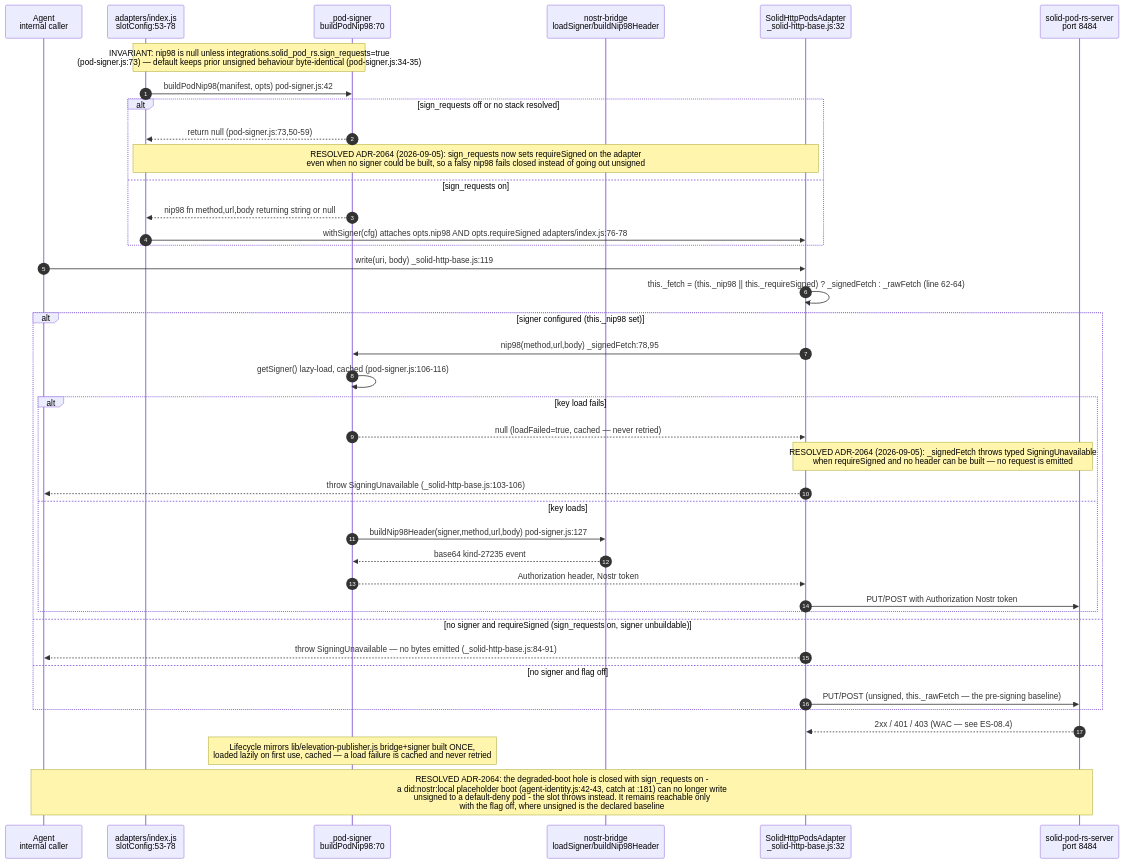
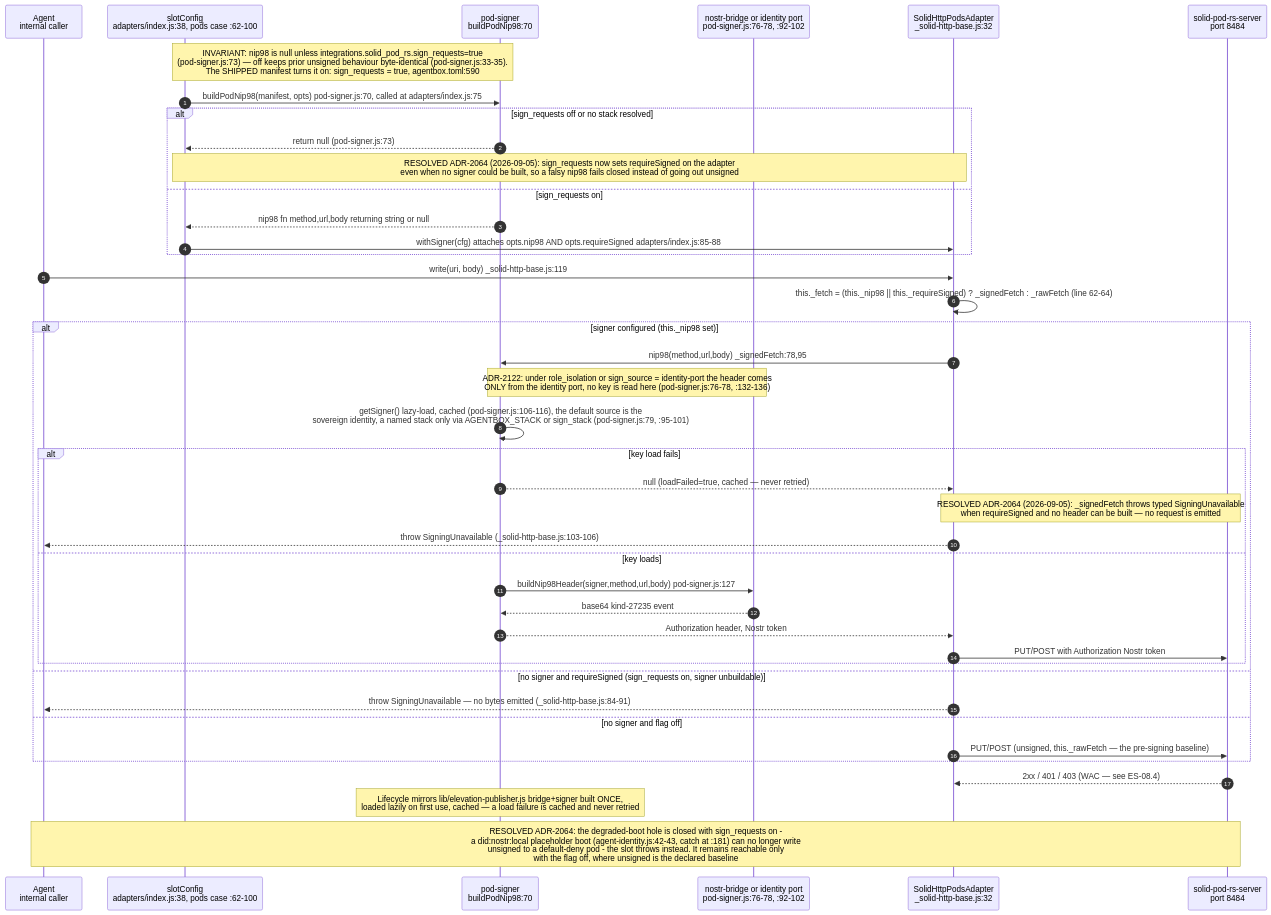
The second of 13 diagrams in docs/diagrams/estate/08-solid-pod-estate.md (DreamLab-AI/VisionFlow), drawn with Mermaid before and after one commit. The commit also changed other lines of this file and 91 other files, not shown here.

````diff
--- a/docs/diagrams/estate/08-solid-pod-estate.md
+++ b/docs/diagrams/estate/08-solid-pod-estate.md
@@ -88,46 +90,47 @@
 ```mermaid
 sequenceDiagram
     autonumber
     participant AG as Agent<br/>internal caller
-    participant ADP as adapters/index.js<br/>slotConfig:53-78
+    participant ADP as slotConfig<br/>adapters/index.js:38, pods case :62-100
     participant PS as pod-signer<br/>buildPodNip98:70
-    participant BR as nostr-bridge<br/>loadSigner/buildNip98Header
+    participant BR as nostr-bridge or identity port<br/>pod-signer.js:76-78, :92-102
     participant BASE as SolidHttpPodsAdapter<br/>_solid-http-base.js:32
     participant SRV as solid-pod-rs-server<br/>port 8484
 
-    Note over ADP,PS: INVARIANT: nip98 is null unless integrations.solid_pod_rs.sign_requests=true<br/>(pod-signer.js:73) — default keeps prior unsigned behaviour byte-identical (pod-signer.js:34-35)
+    Note over ADP,PS: INVARIANT: nip98 is null unless integrations.solid_pod_rs.sign_requests=true<br/>(pod-signer.js:73) — off keeps prior unsigned behaviour byte-identical (pod-signer.js:33-35).<br/>The SHIPPED manifest turns it on: sign_requests = true, agentbox.toml:590
 
-    ADP->>PS: buildPodNip98(manifest, opts) pod-signer.js:42
+    ADP->>PS: buildPodNip98(manifest, opts) pod-signer.js:70, called at adapters/index.js:75
     alt sign_requests off or no stack resolved
-        PS-->>ADP: return null (pod-signer.js:73,50-59)
+        PS-->>ADP: return null (pod-signer.js:73)
         Note over ADP,BASE: RESOLVED ADR-2064 (2026-09-05): sign_requests now sets requireSigned on the adapter<br/>even when no signer could be built, so a falsy nip98 fails closed instead of going out unsigned
     else sign_requests on
         PS-->>ADP: nip98 fn method,url,body returning string or null
-        ADP->>BASE: withSigner(cfg) attaches opts.nip98 AND opts.requireSigned adapters/index.js:76-78
+        ADP->>BASE: withSigner(cfg) attaches opts.nip98 AND opts.requireSigned adapters/index.js:85-88
     end
 
     AG->>BASE: write(uri, body) _solid-http-base.js:119
     BASE->>BASE: this._fetch = (this._nip98 || this._requireSigned) ? _signedFetch : _rawFetch (line 62-64)
     alt signer configured (this._nip98 set)
         BASE->>PS: nip98(method,url,body) _signedFetch:78,95
-        PS->>PS: getSigner() lazy-load, cached (pod-signer.js:106-116)
+        Note over PS,BR: ADR-2122: under role_isolation or sign_source = identity-port the header comes<br/>ONLY from the identity port, no key is read here (pod-signer.js:76-78, :132-136)
+        PS->>PS: getSigner() lazy-load, cached (pod-signer.js:106-116), the default source is the<br/>sovereign identity, a named stack only via AGENTBOX_STACK or sign_stack (pod-signer.js:79, :95-101)
         alt key load fails
             PS-->>BASE: null (loadFailed=true, cached — never retried)
             Note over BASE,SRV: RESOLVED ADR-2064 (2026-09-05): _signedFetch throws typed SigningUnavailable<br/>when requireSigned and no header can be built — no request is emitted
             BASE-->>AG: throw SigningUnavailable (_solid-http-base.js:103-106)
         else key loads
             PS->>BR: buildNip98Header(signer,method,url,body) pod-signer.js:127
             BR-->>PS: base64 kind-27235 event
             PS-->>BASE: Authorization header, Nostr token
             BASE->>SRV: PUT/POST with Authorization Nostr token
         end
     else no signer and requireSigned (sign_requests on, signer unbuildable)
         BASE-->>AG: throw SigningUnavailable — no bytes emitted (_solid-http-base.js:84-91)
     else no signer and flag off
         BASE->>SRV: PUT/POST (unsigned, this._rawFetch — the pre-signing baseline)
     end
     SRV-->>BASE: 2xx / 401 / 403 (WAC — see ES-08.4)
 
     Note over PS: Lifecycle mirrors lib/elevation-publisher.js bridge+signer built ONCE,<br/>loaded lazily on first use, cached — a load failure is cached and never retried
     Note over AG,SRV: RESOLVED ADR-2064: the degraded-boot hole is closed with sign_requests on -<br/>a did:nostr:local placeholder boot (agent-identity.js:42-43, catch at :181) can no longer write<br/>unsigned to a default-deny pod - the slot throws instead. It remains reachable only<br/>with the flag off, where unsigned is the declared baseline
 ```
````
